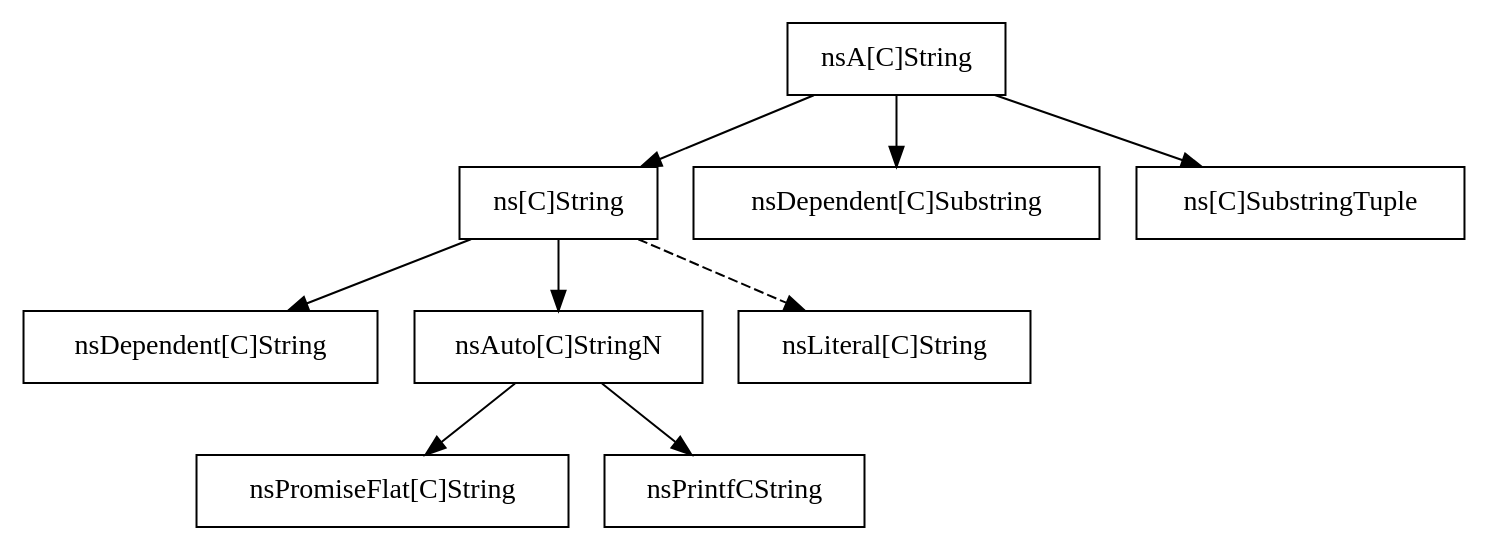
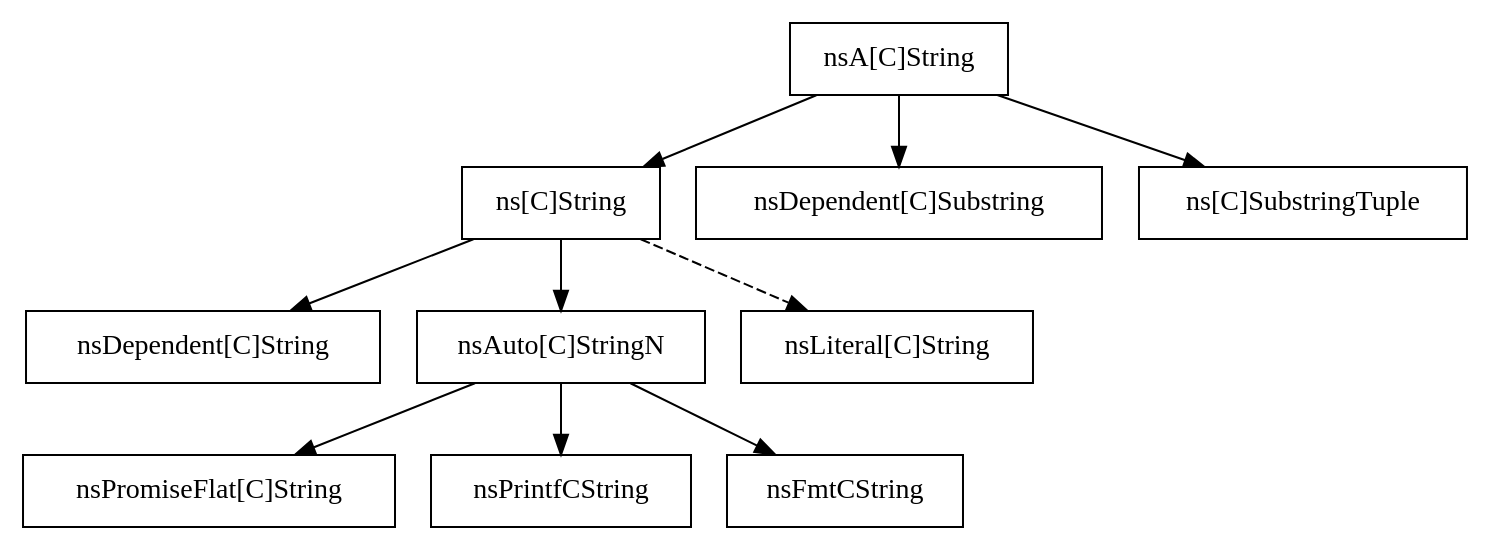
One commit to bolucat/Firefox changed the diagram in xpcom/docs/stringguide.rst. Above: the diagram before and after it, drawn with Graphviz. The commit also changed other lines of this file and 873 other files, not shown here.

```diff
--- a/xpcom/docs/stringguide.rst
+++ b/xpcom/docs/stringguide.rst
@@ -148,12 +148,13 @@
 .. digraph:: concreteclasses
 
     node [shape=rectangle]
 
     "nsA[C]String" -> "ns[C]String";
     "ns[C]String" -> "nsDependent[C]String";
     "nsA[C]String" -> "nsDependent[C]Substring";
     "nsA[C]String" -> "ns[C]SubstringTuple";
     "ns[C]String" -> "nsAuto[C]StringN";
     "ns[C]String" -> "nsLiteral[C]String" [style=dashed];
     "nsAuto[C]StringN" -> "nsPromiseFlat[C]String";
     "nsAuto[C]StringN" -> "nsPrintfCString";
+    "nsAuto[C]StringN" -> "nsFmtCString";
```
